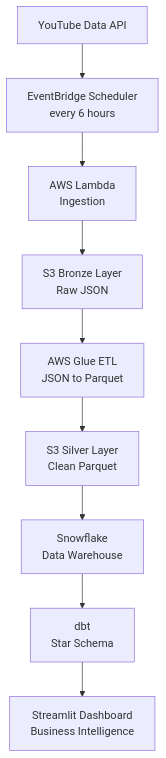
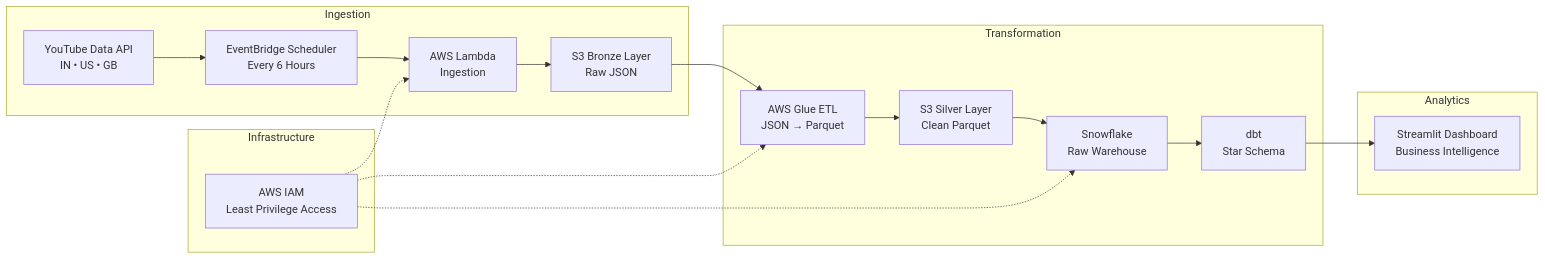
Before and after one commit to Smriti4252/aws-cloud-data-pipeline: the diagram in README.md, drawn with Mermaid. The commit also changed other lines of this file, not shown here.

First line of the commit message:
Revise README with updated architecture and details

````diff
--- a/README.md
+++ b/README.md
@@ -9,11 +9,38 @@
 ```mermaid
-flowchart TD
-    A[YouTube Data API] --> B[EventBridge Scheduler\nevery 6 hours]
-    B --> C[AWS Lambda\nIngestion]
-    C --> D[S3 Bronze Layer\nRaw JSON]
-    D --> E[AWS Glue ETL\nJSON to Parquet]
-    E --> F[S3 Silver Layer\nClean Parquet]
-    F --> G[Snowflake\nData Warehouse]
-    G --> H[dbt\nStar Schema]
-    H --> I[Streamlit Dashboard\nBusiness Intelligence]
+flowchart LR
+
+subgraph Ingestion
+A[YouTube Data API<br/>IN • US • GB]
+B[EventBridge Scheduler<br/>Every 6 Hours]
+C[AWS Lambda<br/>Ingestion]
+D[S3 Bronze Layer<br/>Raw JSON]
+end
+
+subgraph Transformation
+E[AWS Glue ETL<br/>JSON → Parquet]
+F[S3 Silver Layer<br/>Clean Parquet]
+G[Snowflake<br/>Raw Warehouse]
+H[dbt<br/>Star Schema]
+end
+
+subgraph Analytics
+I[Streamlit Dashboard<br/>Business Intelligence]
+end
+
+subgraph Infrastructure
+J[AWS IAM<br/>Least Privilege Access]
+end
+
+A --> B
+B --> C
+C --> D
+D --> E
+E --> F
+F --> G
+G --> H
+H --> I
+
+J -.-> C
+J -.-> E
+J -.-> G
 ```
````
